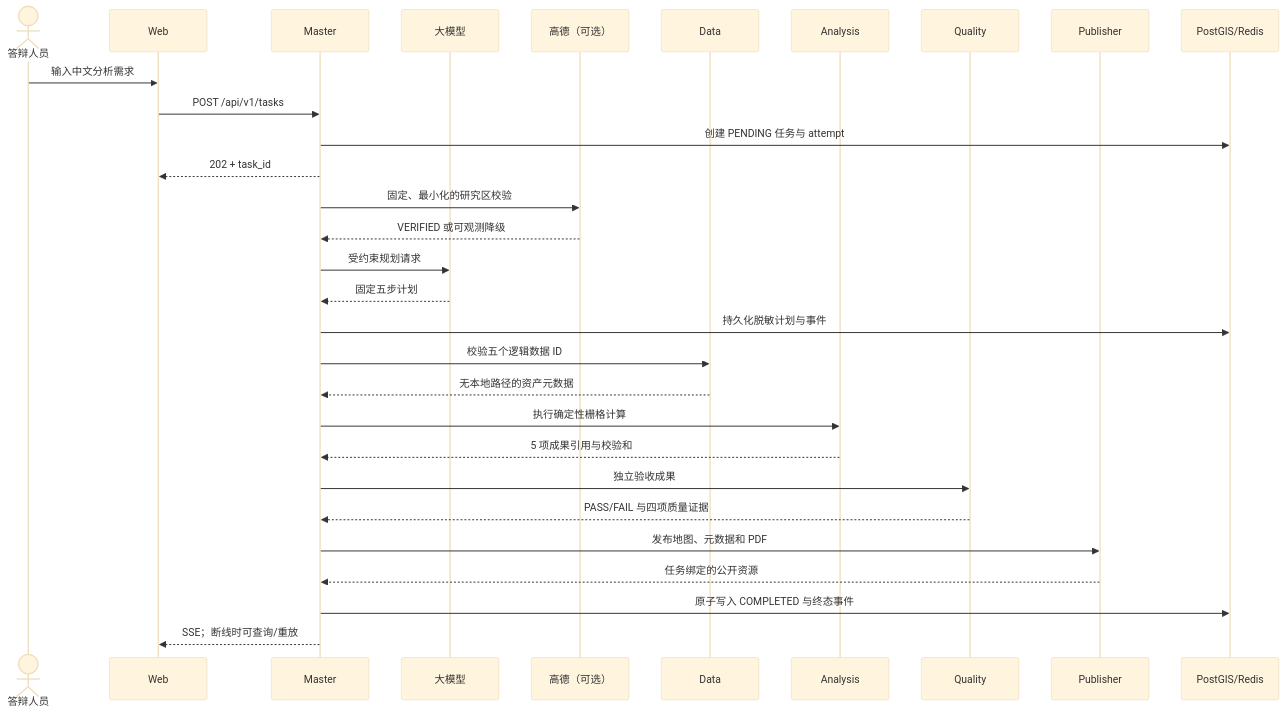
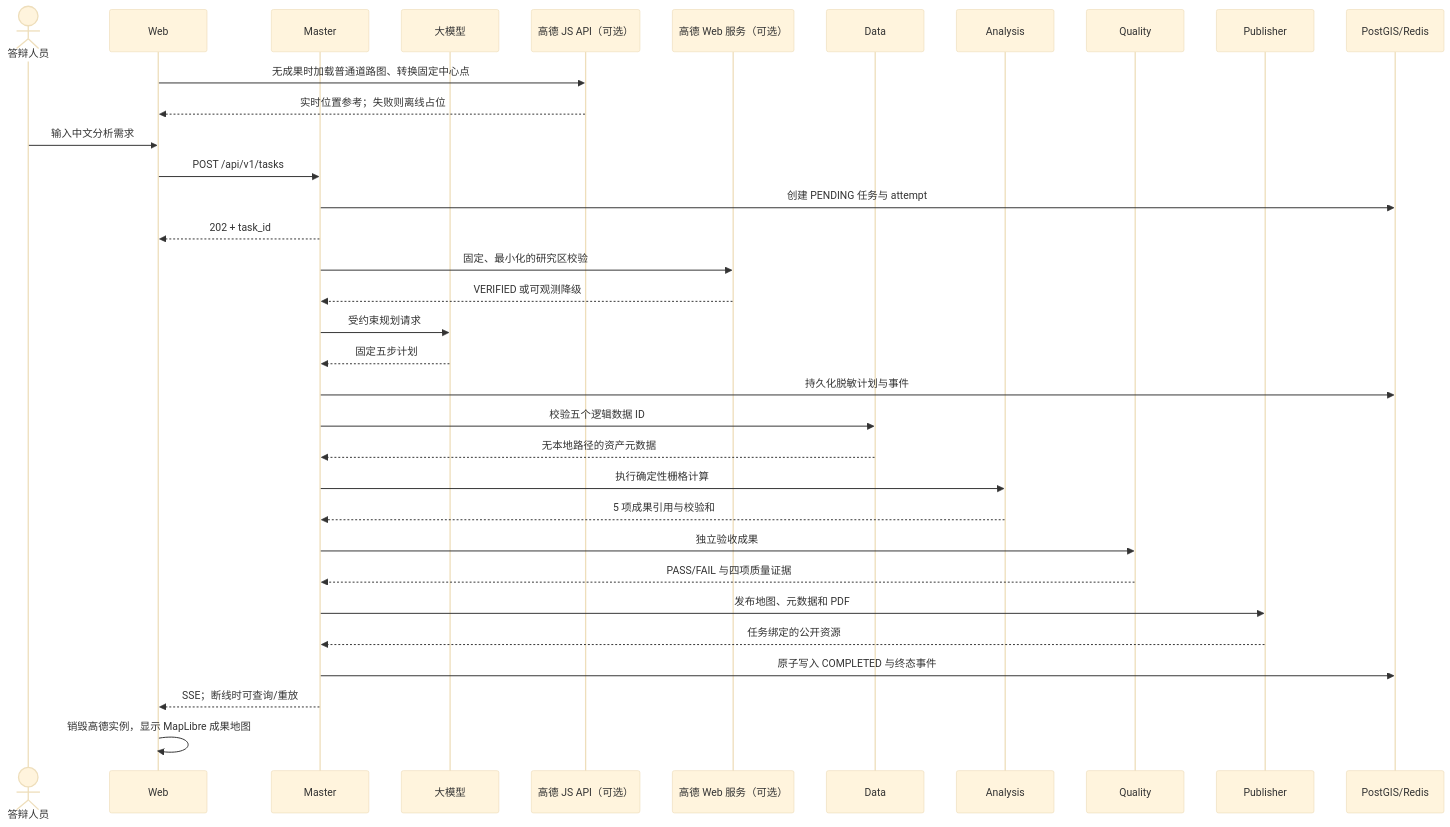
Before and after one commit to FoxSeventeen/hennongxi-multi-agent-gis: the diagram in docs/architecture.md, drawn with Mermaid (base theme). The commit also changed other lines of this file and 9 other files, not shown here.

Commit message:
docs: explain AMap context map operations

````diff
--- a/docs/architecture.md
+++ b/docs/architecture.md
@@ -40,33 +41,37 @@
 ```mermaid
 sequenceDiagram
     actor User as 答辩人员
     participant Web
     participant Master
     participant LLM as 大模型
-    participant AMap as 高德（可选）
+    participant AMapJS as 高德 JS API（可选）
+    participant AMapWeb as 高德 Web 服务（可选）
     participant Data
     participant Analysis
     participant Quality
     participant Publisher
     participant DB as PostGIS/Redis
 
+    Web->>AMapJS: 无成果时加载普通道路图、转换固定中心点
+    AMapJS-->>Web: 实时位置参考；失败则离线占位
     User->>Web: 输入中文分析需求
     Web->>Master: POST /api/v1/tasks
     Master->>DB: 创建 PENDING 任务与 attempt
     Master-->>Web: 202 + task_id
-    Master->>AMap: 固定、最小化的研究区校验
-    AMap-->>Master: VERIFIED 或可观测降级
+    Master->>AMapWeb: 固定、最小化的研究区校验
+    AMapWeb-->>Master: VERIFIED 或可观测降级
     Master->>LLM: 受约束规划请求
     LLM-->>Master: 固定五步计划
     Master->>DB: 持久化脱敏计划与事件
     Master->>Data: 校验五个逻辑数据 ID
     Data-->>Master: 无本地路径的资产元数据
     Master->>Analysis: 执行确定性栅格计算
     Analysis-->>Master: 5 项成果引用与校验和
     Master->>Quality: 独立验收成果
     Quality-->>Master: PASS/FAIL 与四项质量证据
     Master->>Publisher: 发布地图、元数据和 PDF
     Publisher-->>Master: 任务绑定的公开资源
     Master->>DB: 原子写入 COMPLETED 与终态事件
     Master-->>Web: SSE；断线时可查询/重放
+    Web->>Web: 销毁高德实例，显示 MapLibre 成果地图
 ```
````
